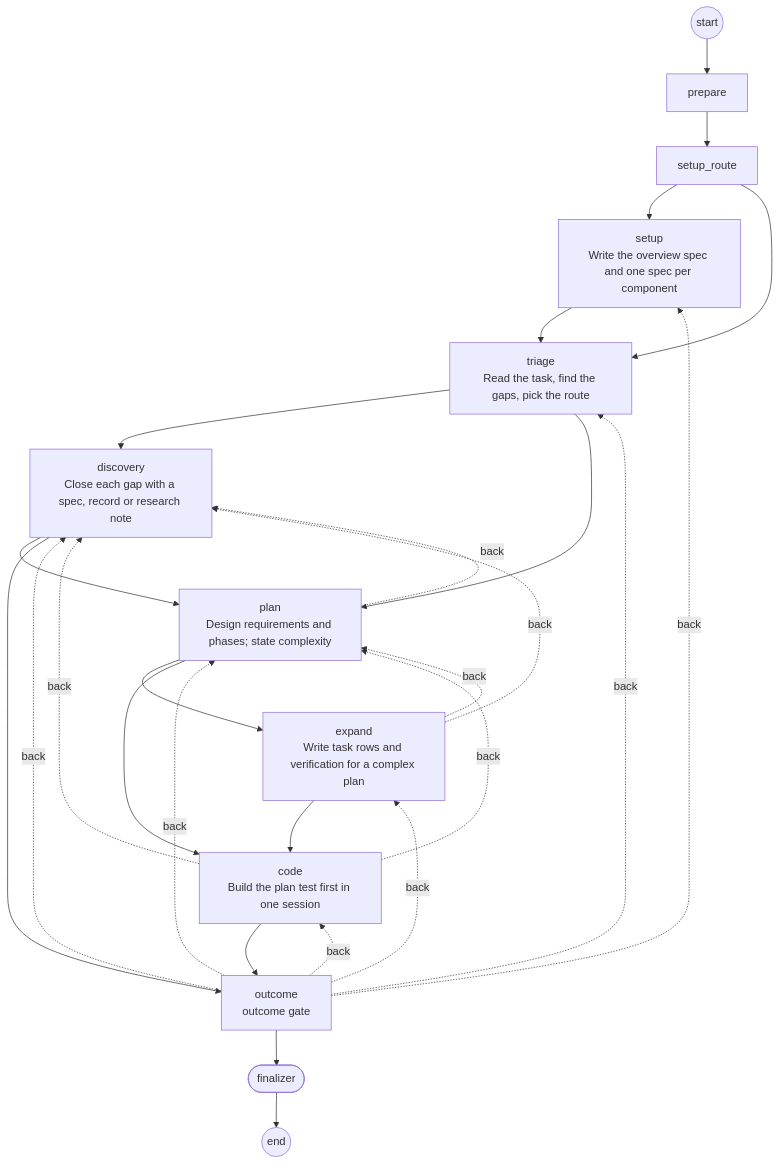
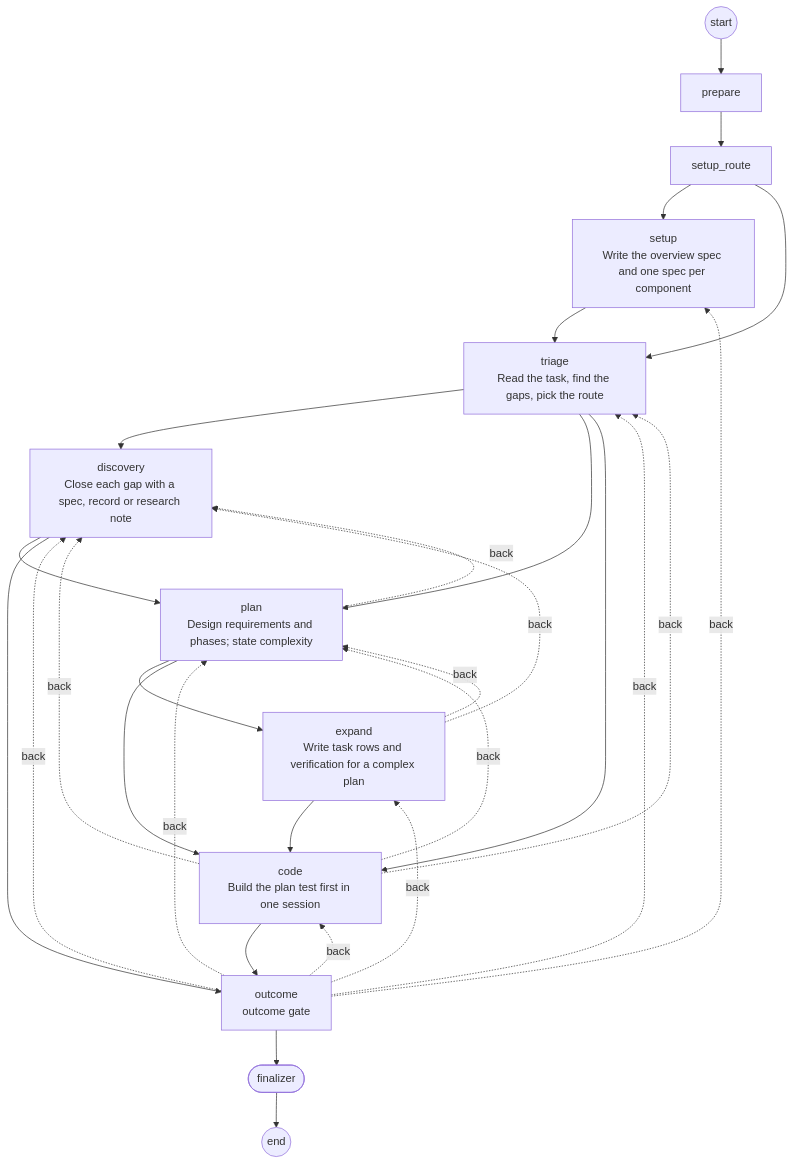
One commit to dbr0vskyi/tempergraph changed the diagram in plugins/temperspec-tgraph/diagram/workflow.md. Above: the diagram before and after it, drawn with Mermaid. The commit also changed 99 other files, not shown here.

````diff
--- a/plugins/temperspec-tgraph/diagram/workflow.md
+++ b/plugins/temperspec-tgraph/diagram/workflow.md
@@ -1,42 +1,44 @@
 ```mermaid
 flowchart TD
   start((start))
   u0["prepare"]
   u1["setup_route"]
   u2["setup<br/>Write the overview spec and one spec per component"]
   u3["triage<br/>Read the task, find the gaps, pick the route"]
   u4["discovery<br/>Close each gap with a spec, record or research note"]
   u5["plan<br/>Design requirements and phases; state complexity"]
   u6["expand<br/>Write task rows and verification for a complex plan"]
   u7["code<br/>Build the plan test first in one session"]
   u8["outcome<br/>outcome gate"]
   fin([finalizer])
   stop((end))
   start --> u0
   u0 --> u1
   u1 --> u2
   u1 --> u3
   u2 --> u3
   u3 --> u4
   u3 --> u5
+  u3 --> u7
   u4 --> u5
   u4 --> u8
   u5 --> u6
   u5 --> u7
   u5 -.->|back| u4
   u6 --> u7
   u6 -.->|back| u5
   u6 -.->|back| u4
   u7 --> u8
   u7 -.->|back| u5
   u7 -.->|back| u4
+  u7 -.->|back| u3
   u8 --> fin
   u8 -.->|back| u2
   u8 -.->|back| u3
   u8 -.->|back| u4
   u8 -.->|back| u5
   u8 -.->|back| u6
   u8 -.->|back| u7
   fin --> stop
 
 ```
````
